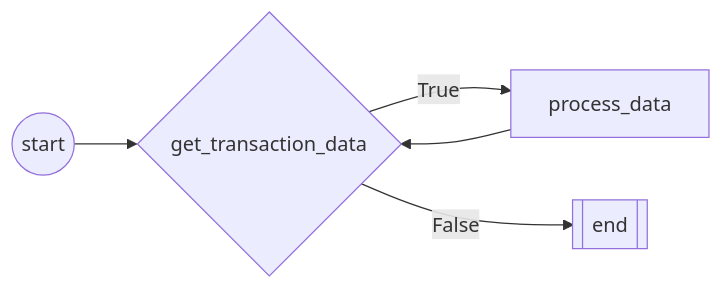
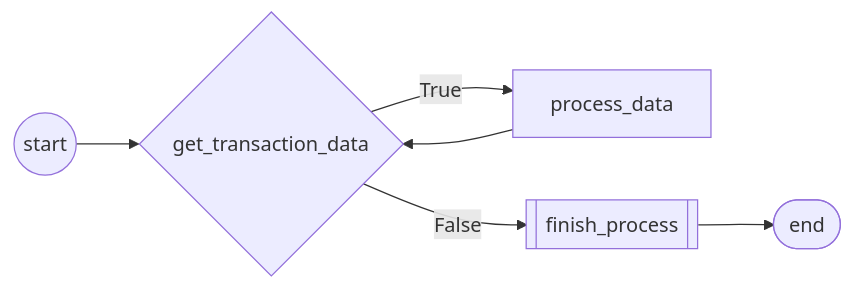
Before and after one commit to ecrespo66/Robot-framework: the third of 3 diagrams in wiki.md, drawn with Mermaid. The commit also changed other lines of this file and 3 other files, not shown here.

````diff
--- a/wiki.md
+++ b/wiki.md
@@ -456,11 +339,13 @@
 ```mermaid
 flowchart LR
 0((start))
 1{get_transaction_data}
 2[process_data]
-3[[end]]
+3[[finish_process]]
+4([end])
 0-->1
 1-->|True|2
 1-->|False|3
 2-->1
+3-->4
 ```
````
